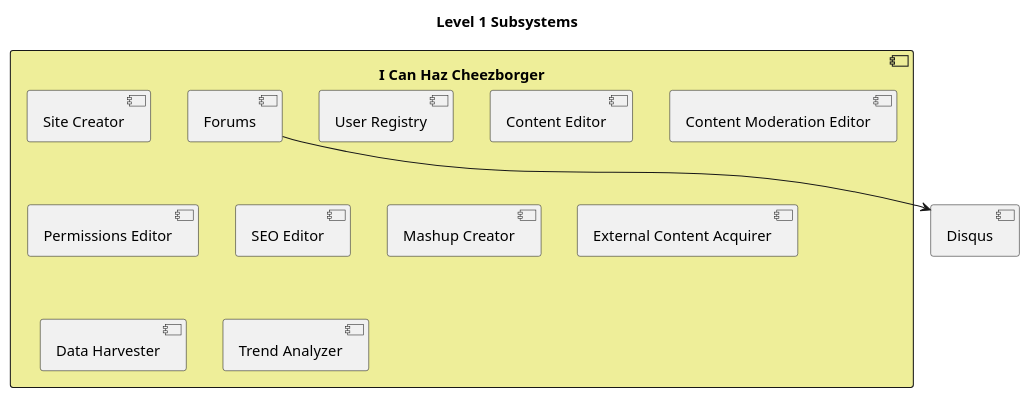
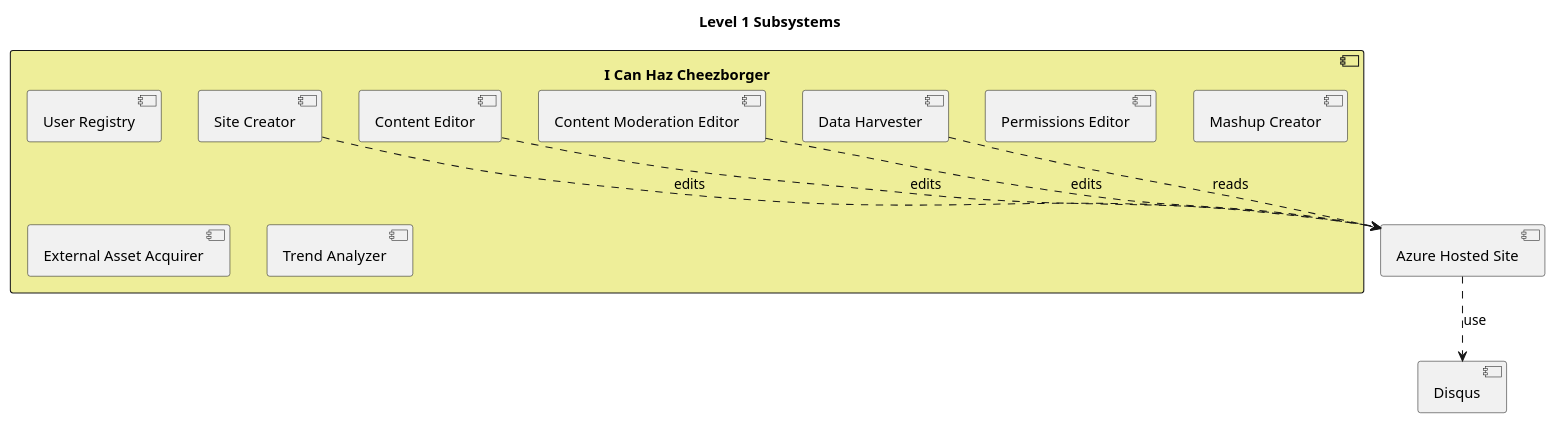
The diagram in cheezborger/level1subsystems.puml (gowland/architecture-katas), drawn with PlantUML before and after one commit. The commit also changed 1 other file, not shown here.

Commit message:
Refine level 1 subsystems diagram; start adding 3rd party systems

```diff
--- a/cheezborger/level1subsystems.puml
+++ b/cheezborger/level1subsystems.puml
@@ -1,23 +1,34 @@
 @startuml
 title Level 1 Subsystems
 
 component "I Can Haz Cheezborger" as core #eeee99 {
 
-    [Site Creator]
-    [User Registry]
-    [Content Editor]
-    [Content Moderation Editor]
-    [Permissions Editor]
-    [SEO Editor]
-    [Mashup Creator]
-    [External Content Acquirer]
-    [Forums] as forums
-    [Data Harvester]
-    [Trend Analyzer]
+    [Site Creator] as creator
+    
+    [User Registry] as users
+    
+    [Content Editor] as contentEdit
+    
+    [Content Moderation Editor] as moderator
+    
+    [Permissions Editor] as permission
+    
+    [Mashup Creator] as mashup
+    
+    [External Asset Acquirer] as acquire
+    
+    [Data Harvester] as harvester
+    
+    [Trend Analyzer] as analyzer
 }
 
 component Disqus
+component "Azure Hosted Site" as site
 
-forums --> Disqus
+creator ..> site : edits
+contentEdit ..> site : edits
+moderator ..> site : edits
+harvester ..> site : reads
+site ..> Disqus : use
 
 @enduml
```
